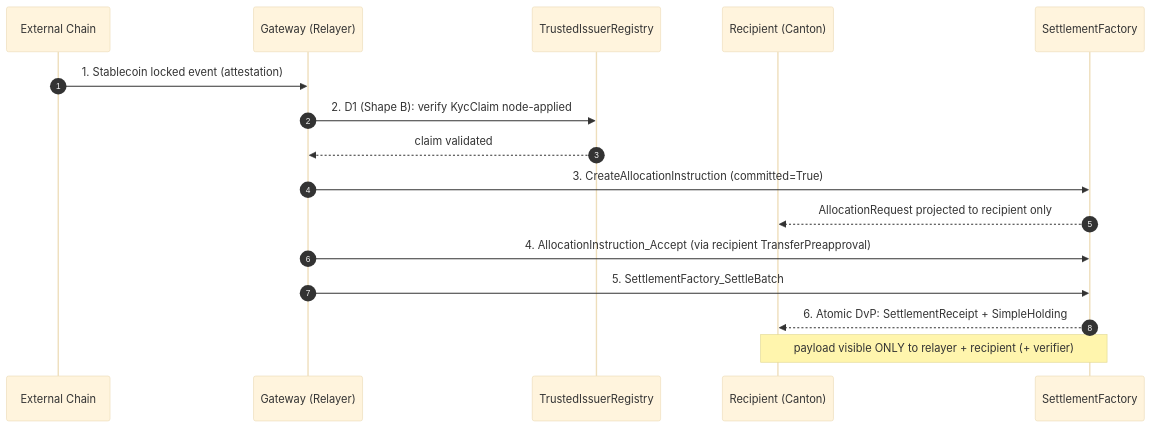
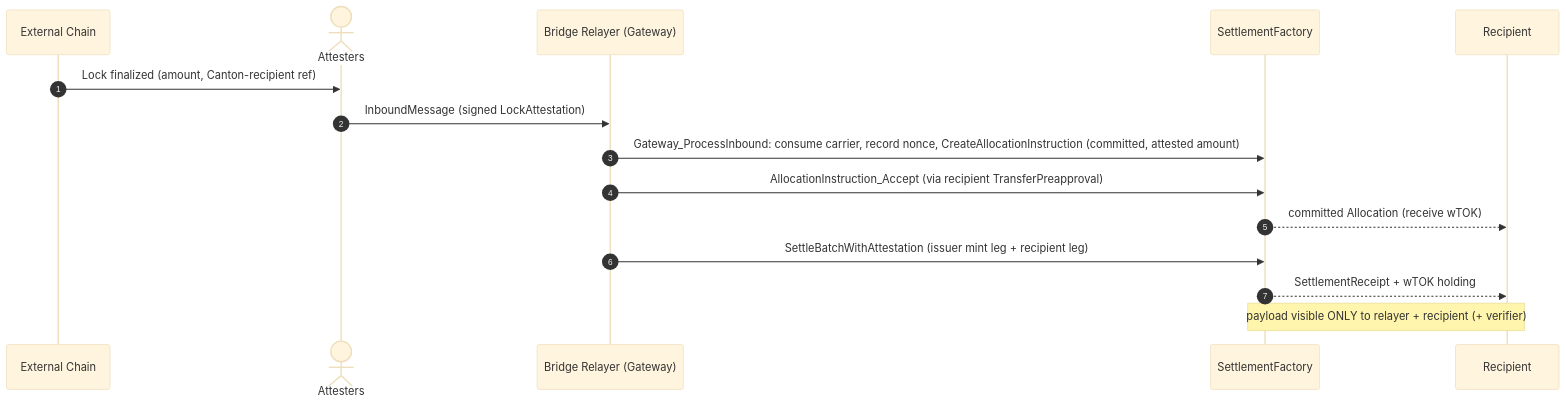
One commit to OpenZeppelin/canton-specs changed the fifth of 5 diagrams in docs/ri-reports/03-cross-chain-stablecoin.md. Above: the diagram before and after it, drawn with Mermaid (base theme). The commit also changed other lines of this file, not shown here.

First line of the commit message:
docs(ri-03): refine flows, add data/state flow diagrams, align samples with the attested settle path

````diff
--- a/docs/ri-reports/03-cross-chain-stablecoin.md
+++ b/docs/ri-reports/03-cross-chain-stablecoin.md
@@ -619,19 +228,18 @@
 ```mermaid
 sequenceDiagram
     autonumber
     participant Ext as External Chain
-    participant GW as Gateway (Relayer)
-    participant Reg as TrustedIssuerRegistry
-    participant Rec as Recipient (Canton)
-    participant SF as SettlementFactory
+    actor Attesters
+    participant Relayer as Bridge Relayer (Gateway)
+    participant SettleFactory as SettlementFactory
+    participant Recipient
 
-    Ext->>GW: 1. Stablecoin locked event (attestation)
-    GW->>Reg: 2. D1 (Shape B): verify KycClaim node-applied
-    Reg-->>GW: claim validated
-    GW->>SF: 3. CreateAllocationInstruction (committed=True)
-    SF-->>Rec: AllocationRequest projected to recipient only
-    GW->>SF: 4. AllocationInstruction_Accept (via recipient TransferPreapproval)
-    GW->>SF: 5. SettlementFactory_SettleBatch
-    SF-->>Rec: 6. Atomic DvP: SettlementReceipt + SimpleHolding
-    note over SF,Rec: payload visible ONLY to relayer + recipient (+ verifier)
+    Ext->>Attesters: Lock finalized (amount, Canton-recipient ref)
+    Attesters->>Relayer: InboundMessage (signed LockAttestation)
+    Relayer->>SettleFactory: Gateway_ProcessInbound: consume carrier, record nonce, CreateAllocationInstruction (committed, attested amount)
+    Relayer->>SettleFactory: AllocationInstruction_Accept (via recipient TransferPreapproval)
+    SettleFactory-->>Recipient: committed Allocation (receive wTOK)
+    Relayer->>SettleFactory: SettleBatchWithAttestation (issuer mint leg + recipient leg)
+    SettleFactory-->>Recipient: SettlementReceipt + wTOK holding
+    Note over SettleFactory,Recipient: payload visible ONLY to relayer + recipient (+ verifier)
 ```
````
